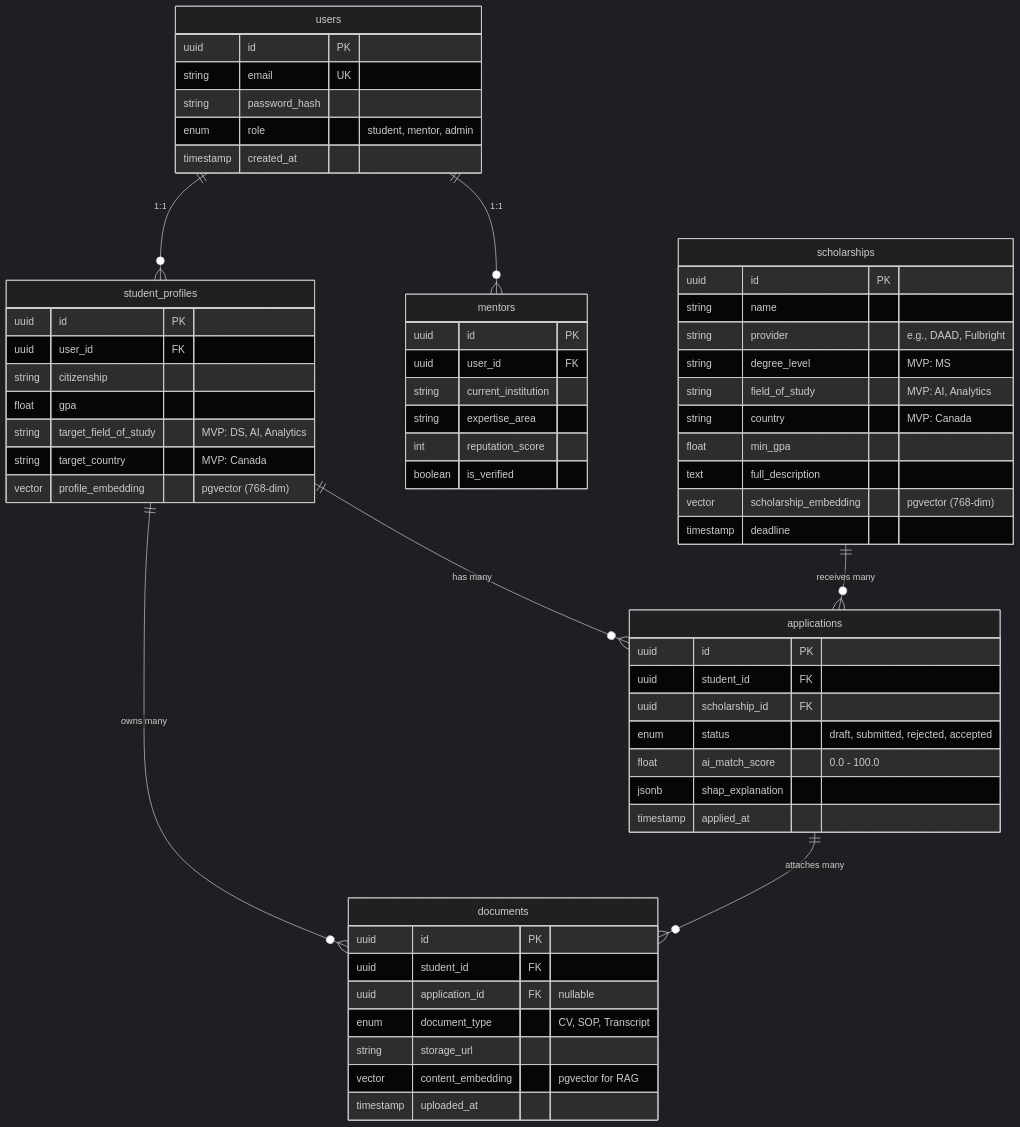
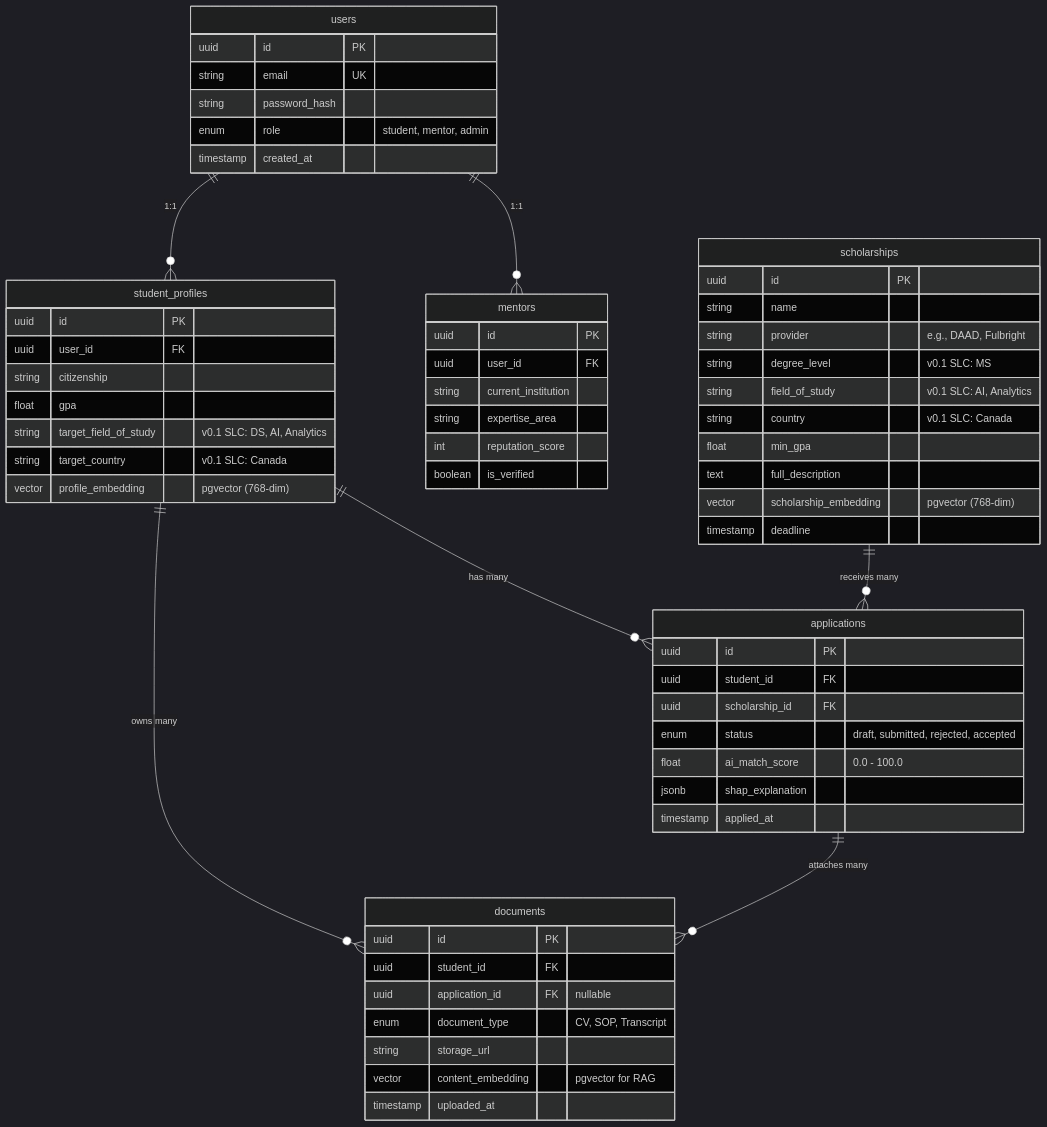
One commit to HaiderNaqvi-5/scholarai-platform changed the diagram in docs/database_schema.md. Above: the diagram before and after it, drawn with Mermaid (dark theme). The commit also changed 68 other files, not shown here.

````diff
--- a/docs/database_schema.md
+++ b/docs/database_schema.md
@@ -13,69 +13,69 @@
 ```mermaid
 erDiagram
     users ||--o{ student_profiles : "1:1"
     users ||--o{ mentors : "1:1"
     student_profiles ||--o{ applications : "has many"
     scholarships ||--o{ applications : "receives many"
     student_profiles ||--o{ documents : "owns many"
     applications ||--o{ documents : "attaches many"
 
     users {
         uuid id PK
         string email UK
         string password_hash
         enum role "student, mentor, admin"
         timestamp created_at
     }
 
     student_profiles {
         uuid id PK
         uuid user_id FK
         string citizenship
         float gpa
-        string target_field_of_study "MVP: DS, AI, Analytics"
-        string target_country "MVP: Canada"
+        string target_field_of_study "v0.1 SLC: DS, AI, Analytics"
+        string target_country "v0.1 SLC: Canada"
         vector profile_embedding "pgvector (768-dim)"
     }
 
     scholarships {
         uuid id PK
         string name
         string provider "e.g., DAAD, Fulbright"
-        string degree_level "MVP: MS"
-        string field_of_study "MVP: AI, Analytics"
-        string country "MVP: Canada"
+        string degree_level "v0.1 SLC: MS"
+        string field_of_study "v0.1 SLC: AI, Analytics"
+        string country "v0.1 SLC: Canada"
         float min_gpa
         text full_description
         vector scholarship_embedding "pgvector (768-dim)"
         timestamp deadline
     }
 
     applications {
         uuid id PK
         uuid student_id FK
         uuid scholarship_id FK
         enum status "draft, submitted, rejected, accepted"
         float ai_match_score "0.0 - 100.0"
         jsonb shap_explanation
         timestamp applied_at
     }
 
     documents {
         uuid id PK
         uuid student_id FK
         uuid application_id FK "nullable"
         enum document_type "CV, SOP, Transcript"
         string storage_url
         vector content_embedding "pgvector for RAG"
         timestamp uploaded_at
     }
 
     mentors {
         uuid id PK
         uuid user_id FK
         string current_institution
         string expertise_area
         int reputation_score
         boolean is_verified
     }
 ```
````
